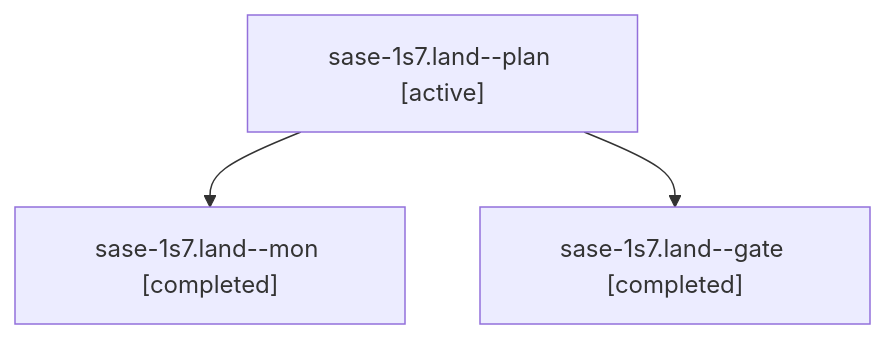
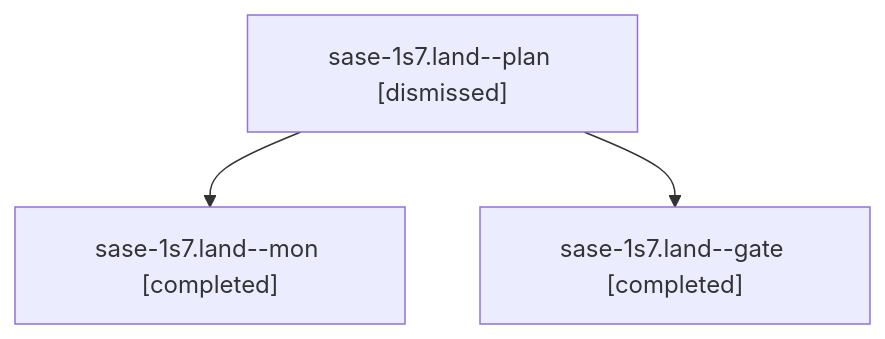
The diagram in sessions/bbugyi200.athena.sase-1s7.land.md (sase-org/sase--agents), drawn with Mermaid before and after one commit. The commit also changed other lines of this file and 288 other files, not shown here.

````diff
--- a/sessions/bbugyi200.athena.sase-1s7.land.md
+++ b/sessions/bbugyi200.athena.sase-1s7.land.md
@@ -9,8 +9,8 @@
 ```mermaid
 flowchart TD
-  n0["sase-1s7.land--plan [active]"]
+  n0["sase-1s7.land--plan [dismissed]"]
   n1["sase-1s7.land--mon [completed]"]
   n0 --> n1
   n2["sase-1s7.land--gate [completed]"]
   n0 --> n2
 ```
````
